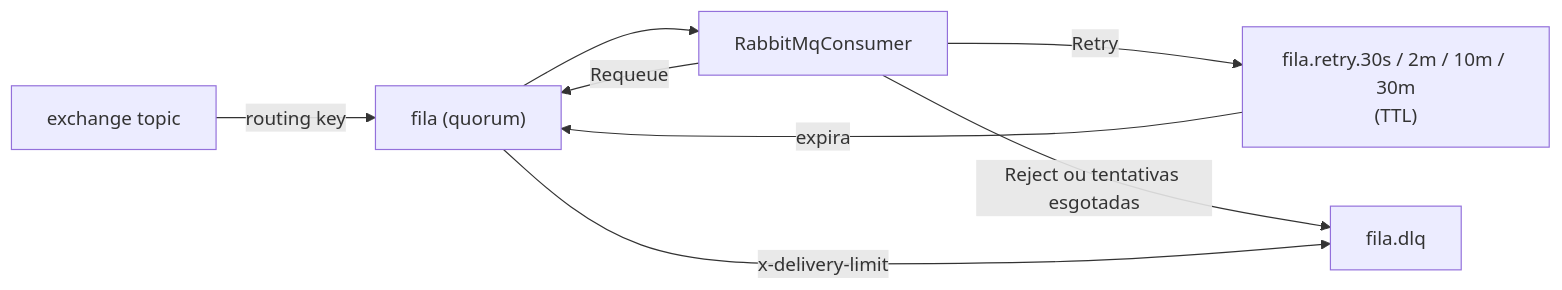
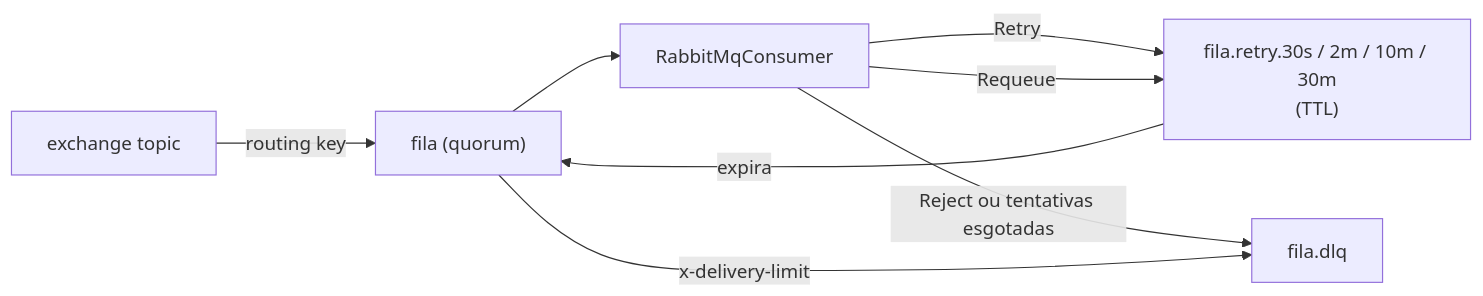
One commit to tudoemcodigo/lib-tec-messaging changed the diagram in docs/rabbitmq.md. Above: the diagram before and after it, drawn with Mermaid. The commit also changed other lines of this file and 47 other files, not shown here.

````diff
--- a/docs/rabbitmq.md
+++ b/docs/rabbitmq.md
@@ -20,9 +21,9 @@
 ```mermaid
 flowchart LR
     X["exchange topic"] -->|routing key| Q["fila (quorum)"]
     Q --> C["RabbitMqConsumer"]
     C -- Retry --> W["fila.retry.30s / 2m / 10m / 30m<br/>(TTL)"] -->|expira| Q
     C -- "Reject ou tentativas esgotadas" --> D["fila.dlq"]
-    C -- Requeue --> Q
+    C -- Requeue --> W
     Q -- "x-delivery-limit" --> D
 ```
````
